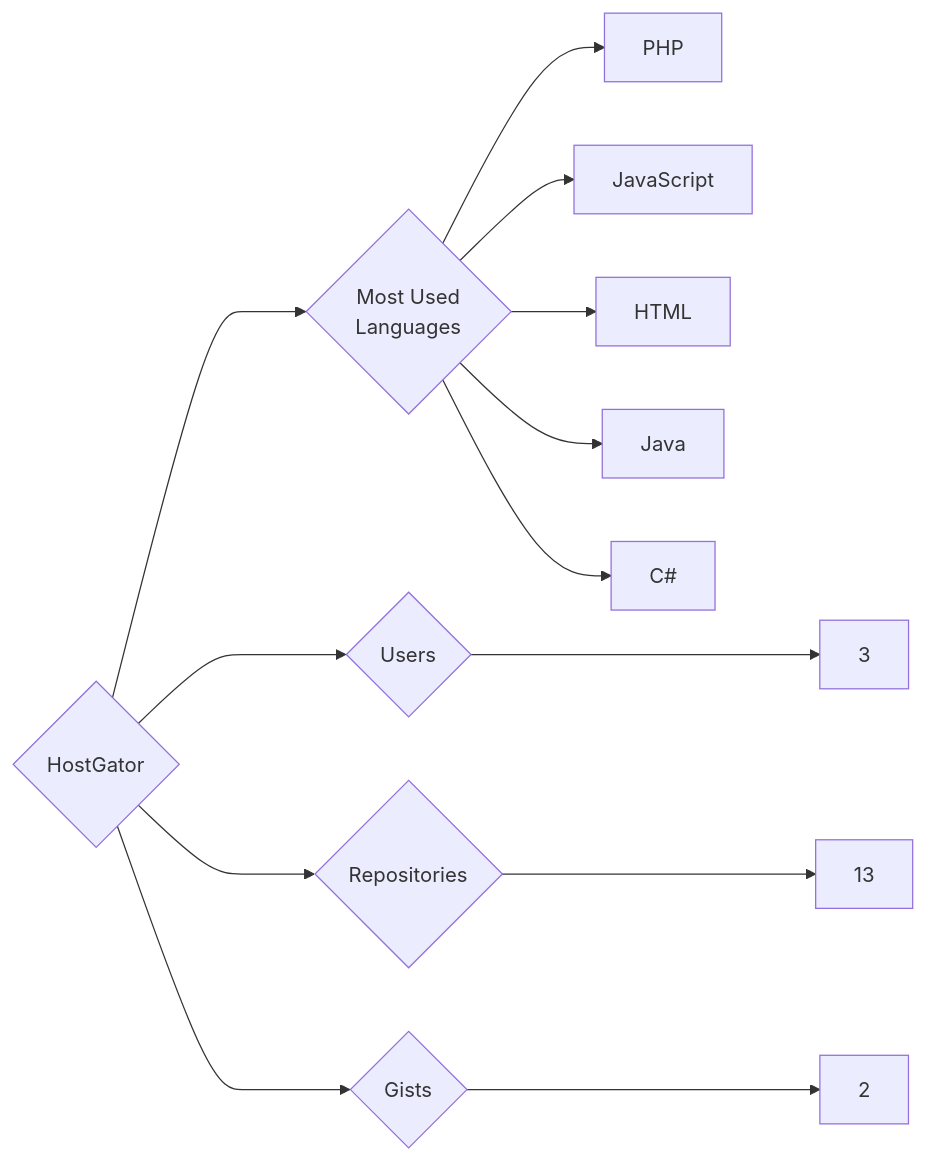
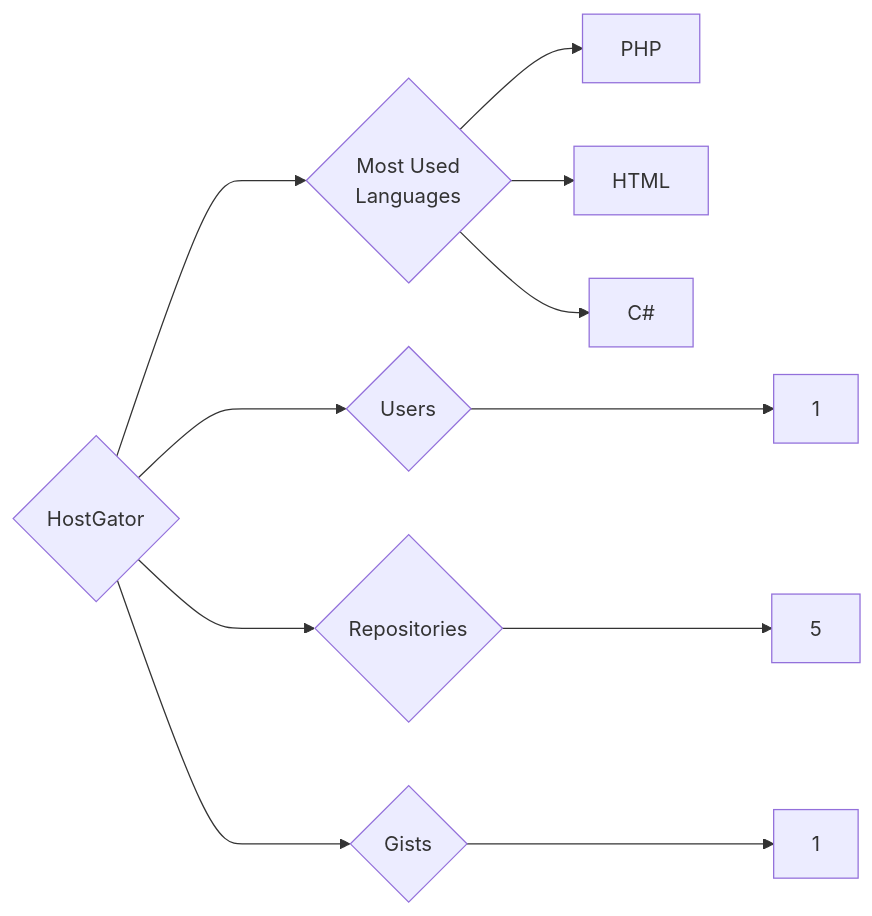
Before and after one commit to trickest/insiders: the diagram in targets/HostGator/README.md, drawn with Mermaid. The commit also changed 840 other files, not shown here.

````diff
--- a/targets/HostGator/README.md
+++ b/targets/HostGator/README.md
@@ -3,13 +3,11 @@
 ```mermaid
 graph LR
 COMPANY_NAME{HostGator}
-COMPANY_NAME ---> U{Users} ---> UN[3]
-COMPANY_NAME ---> R{Repositories} ---> RN[13]
-COMPANY_NAME ---> G{Gists} ---> GN[2]
+COMPANY_NAME ---> U{Users} ---> UN[1]
+COMPANY_NAME ---> R{Repositories} ---> RN[5]
+COMPANY_NAME ---> G{Gists} ---> GN[1]
 COMPANY_NAME ---> ML{Most Used<br>Languages}
 ML --> PHP[PHP]
-ML --> JavaScript[JavaScript]
 ML --> HTML[HTML]
-ML --> Java[Java]
 ML --> C#[C#]
 ```
````
